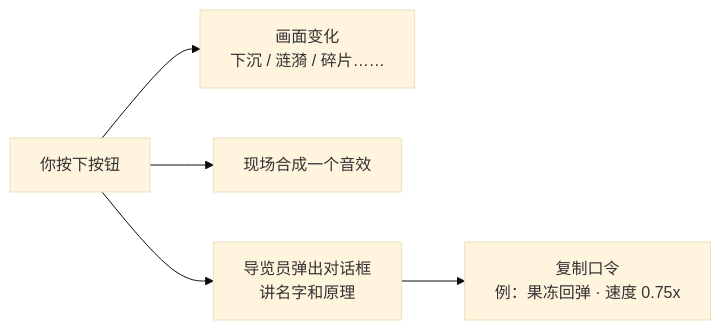
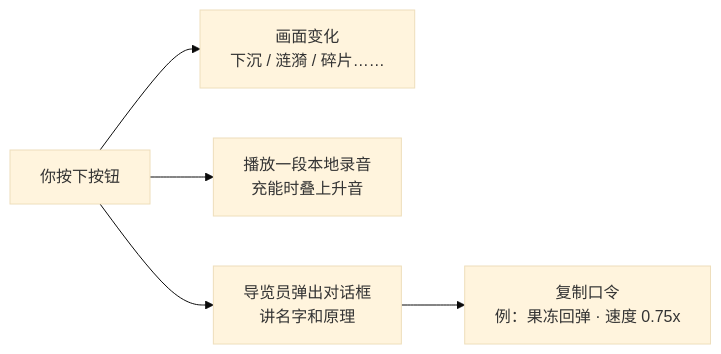
The second of 4 diagrams in README.md (shangshang21/motion-field-guide), drawn with Mermaid (base theme) before and after one commit. The commit also changed other lines of this file and 2 other files, not shown here.

````diff
--- a/README.md
+++ b/README.md
@@ -102,7 +105,7 @@
 ```mermaid
 flowchart LR
     P["你按下按钮"] --> V["画面变化<br/>下沉 / 涟漪 / 碎片……"]
-    P --> S["现场合成一个音效"]
+    P --> S["播放一段本地录音<br/>充能时叠上升音"]
     P --> G["导览员弹出对话框<br/>讲名字和原理"]
     G --> K["复制口令<br/>例：果冻回弹 · 速度 0.75x"]
 ```
````
